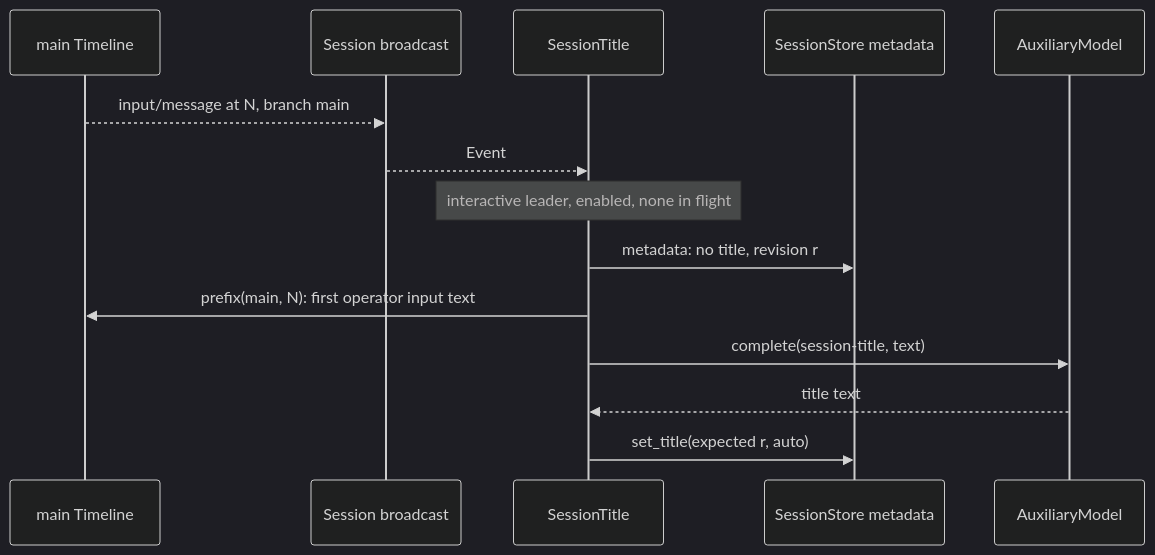
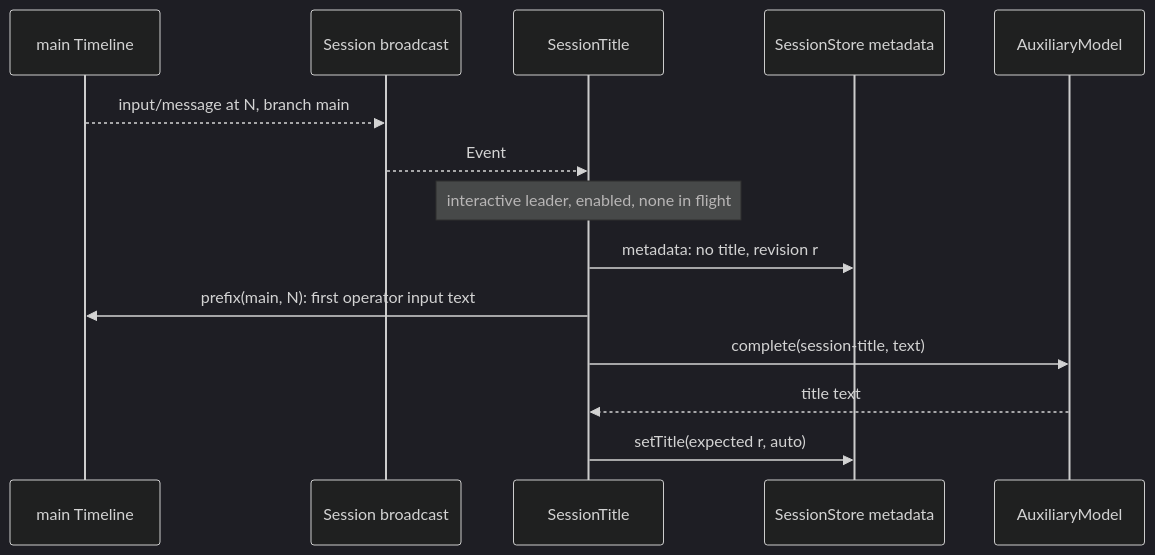
One commit to CoutinhoTTS/dim-agent changed the third of 5 diagrams in docs/design/plugins/SessionTitle.md. Above: the diagram before and after it, drawn with Mermaid (dark theme). The commit also changed other lines of this file and 3 other files, not shown here.

````diff
--- a/docs/design/plugins/SessionTitle.md
+++ b/docs/design/plugins/SessionTitle.md
@@ -68,16 +68,16 @@
 ```mermaid
 sequenceDiagram
   participant TL as main Timeline
   participant SB as Session broadcast
   participant ST as SessionTitle
   participant Meta as SessionStore metadata
   participant Aux as AuxiliaryModel
   TL-->>SB: input/message at N, branch main
   SB-->>ST: Event
   Note over ST: interactive leader, enabled, none in flight
   ST->>Meta: metadata: no title, revision r
   ST->>TL: prefix(main, N): first operator input text
   ST->>Aux: complete(session-title, text)
   Aux-->>ST: title text
-  ST->>Meta: set_title(expected r, auto)
+  ST->>Meta: setTitle(expected r, auto)
 ```
````
